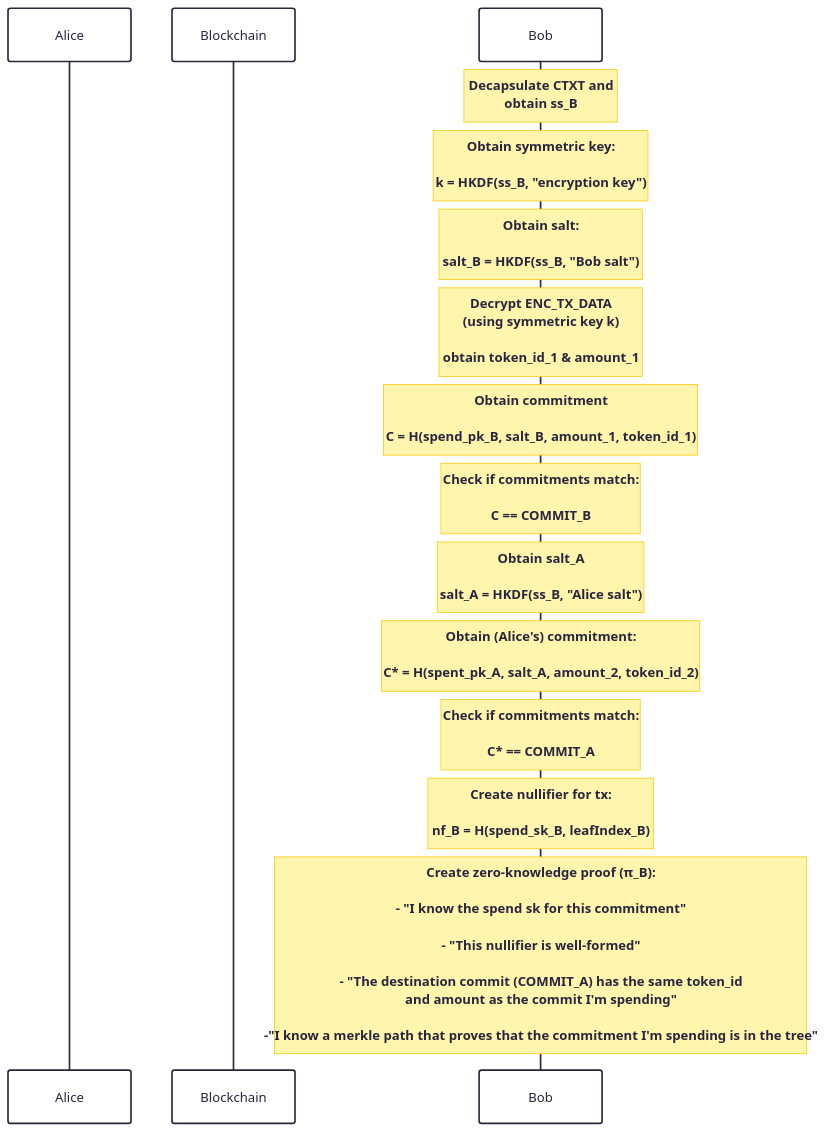
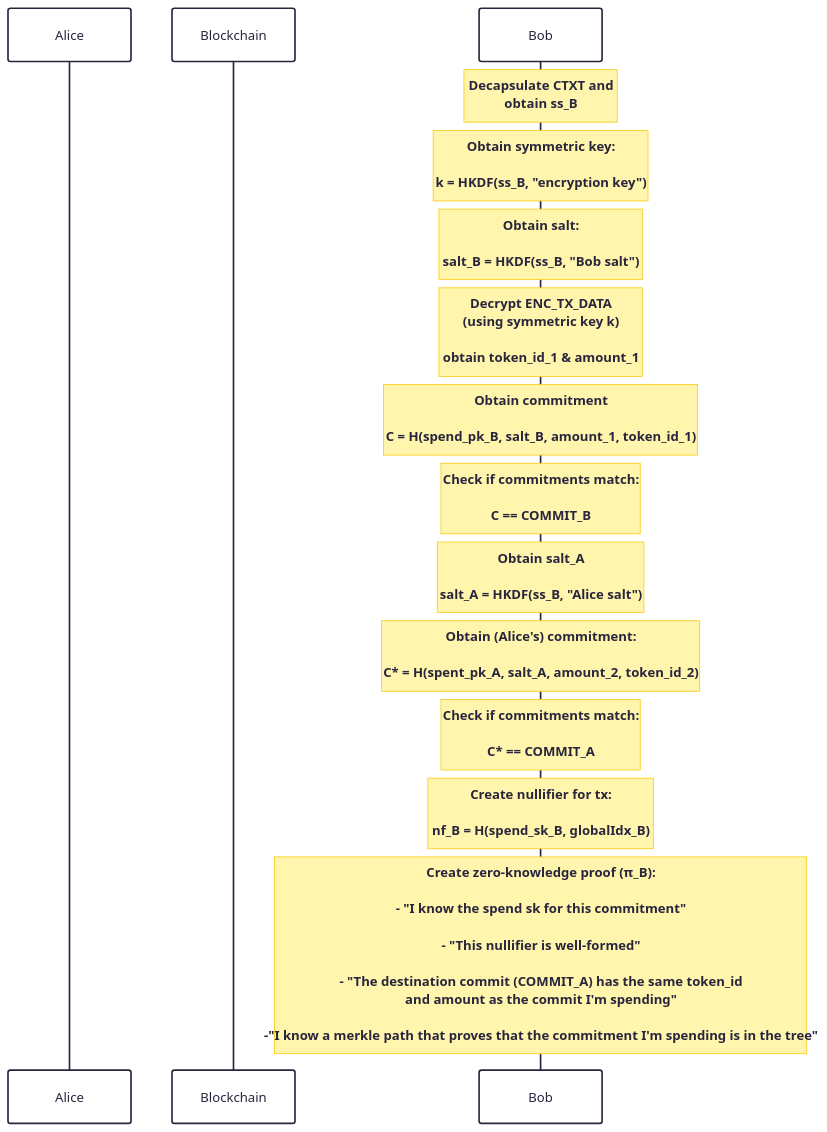
The fifth of 7 diagrams in enygma_dvp/protocol_description.md (raylsnetwork/Enygma), drawn with Mermaid before and after one commit. The commit also changed other lines of this file and 8 other files, not shown here.

````diff
--- a/enygma_dvp/protocol_description.md
+++ b/enygma_dvp/protocol_description.md
@@ -189,38 +189,38 @@
 ```mermaid
 ---
 config:
   theme: redux
   look: handDrawn
 ---
 sequenceDiagram
     autonumber
 
     participant Alice
     participant Chain as Blockchain
     participant Bob
 
     note over Bob: Decapsulate CTXT and<br>obtain ss_B
 
 
     note over Bob: Obtain symmetric key:<br><br> k = HKDF(ss_B, "encryption key")
 
     note over Bob: Obtain salt:<br><br> salt_B = HKDF(ss_B, "Bob salt")
 
 
     note over Bob: Decrypt ENC_TX_DATA<br>(using symmetric key k)<br><br>obtain token_id_1 & amount_1
 
     note over Bob: Obtain commitment<br><br>C = H(spend_pk_B, salt_B, amount_1, token_id_1)
     note over Bob: Check if commitments match: <br><br>C == COMMIT_B
 
     note over Bob: Obtain salt_A<br><br>salt_A = HKDF(ss_B, "Alice salt")
 
     note over Bob: Obtain (Alice's) commitment:<br><br>C* = H(spent_pk_A, salt_A, amount_2, token_id_2)
 
     note over Bob: Check if commitments match:<br><br>C* == COMMIT_A
 
-    note over Bob: Create nullifier for tx: <br><br>nf_B = H(spend_sk_B, leafIndex_B)
+    note over Bob: Create nullifier for tx: <br><br>nf_B = H(spend_sk_B, globalIdx_B)
 
     note over Bob: Create zero-knowledge proof (π_B):<br><br> - "I know the spend sk for this commitment"<br><br> - "This nullifier is well-formed"<br><br>- "The destination commit (COMMIT_A) has the same token_id<br>and amount as the commit I'm spending"<br><br>-"I know a merkle path that proves that the commitment I'm spending is in the tree"
 
 
 ```
````
